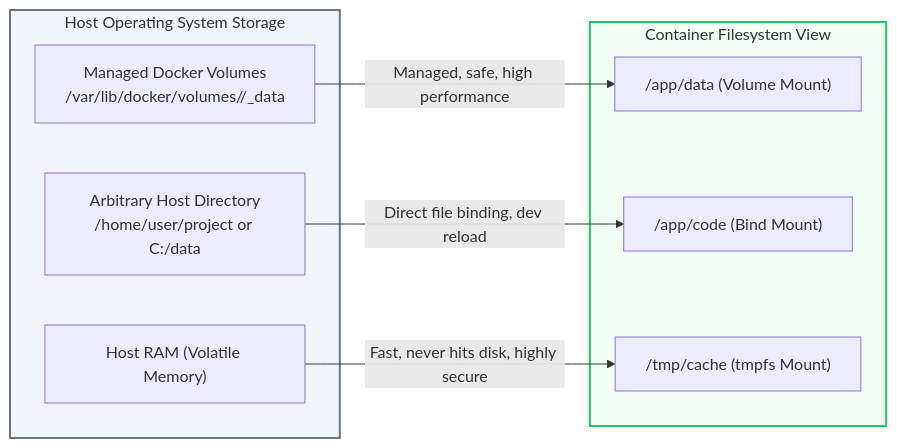
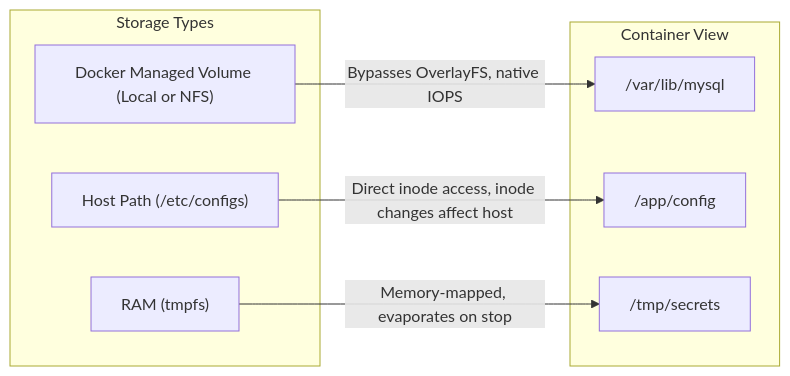
The second of 2 diagrams in 01-Docker/03-Networking-Volumes-and-Compose.md (PandeyKishan/Study-Notes), drawn with Mermaid before and after one commit. The commit also changed other lines of this file and 38 other files, not shown here.

````diff
--- a/01-Docker/03-Networking-Volumes-and-Compose.md
+++ b/01-Docker/03-Networking-Volumes-and-Compose.md
@@ -66,21 +49,18 @@
 ```mermaid
 flowchart LR
-    subgraph Host_Filesystem["Host Operating System Storage"]
-        NamedVol["Managed Docker Volumes\n/var/lib/docker/volumes/<name>/_data"]
-        HostDir["Arbitrary Host Directory\n/home/user/project or C:/data"]
-        RAM["Host RAM (Volatile Memory)"]
+    subgraph Storage["Storage Types"]
+        NamedVol["Docker Managed Volume (Local or NFS)"]
+        BindMount["Host Path (/etc/configs)"]
+        Tmpfs["RAM (tmpfs)"]
     end
 
-    subgraph Container_Filesystem["Container Filesystem View"]
-        VolMount["/app/data (Volume Mount)"]
-        BindMount["/app/code (Bind Mount)"]
-        TmpfsMount["/tmp/cache (tmpfs Mount)"]
+    subgraph Container["Container View"]
+        VolMount["/var/lib/mysql"]
+        BindMount2["/app/config"]
+        TmpfsMount["/tmp/secrets"]
     end
 
-    NamedVol -->|Managed, safe, high performance| VolMount
-    HostDir -->|Direct file binding, dev reload| BindMount
-    RAM -->|Fast, never hits disk, highly secure| TmpfsMount
-
-    style Host_Filesystem fill:#f1f5f9,stroke:#64748b,stroke-width:2px
-    style Container_Filesystem fill:#f0fdf4,stroke:#22c55e,stroke-width:2px
+    NamedVol -->|Bypasses OverlayFS, native IOPS| VolMount
+    BindMount -->|Direct inode access, inode changes affect host| BindMount2
+    Tmpfs -->|Memory-mapped, evaporates on stop| TmpfsMount
 ```
````
